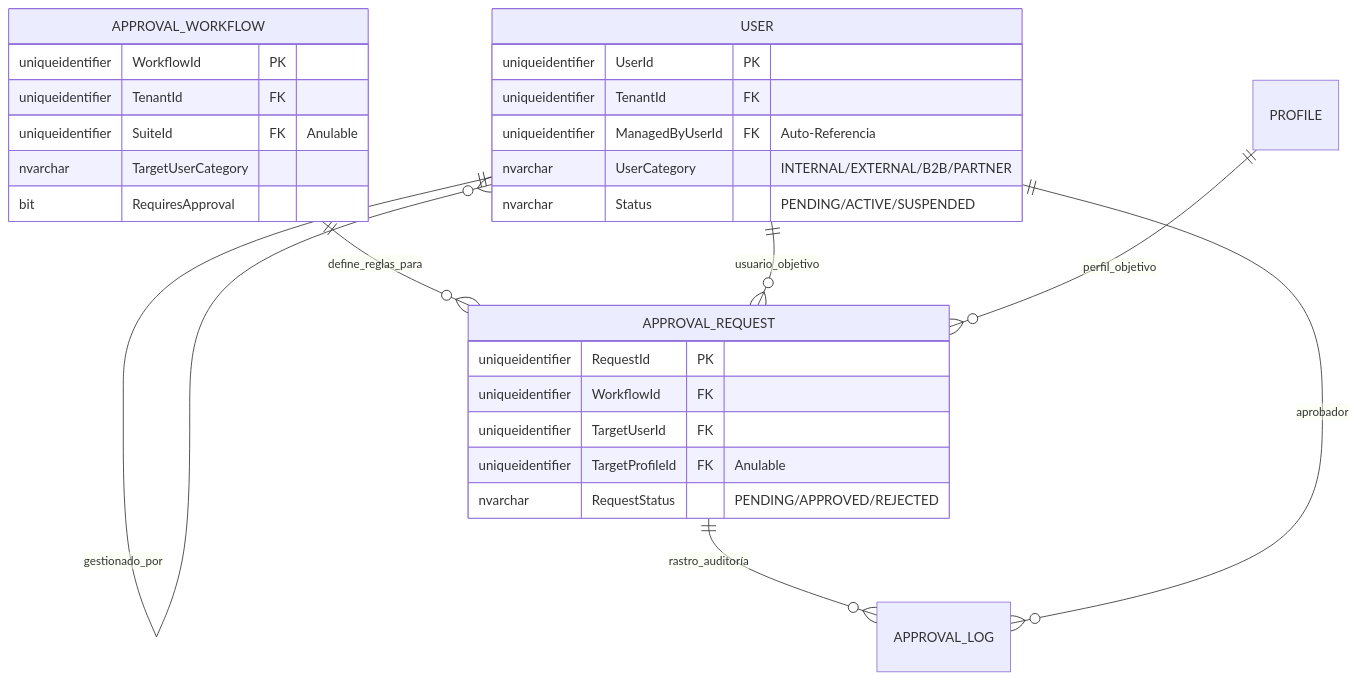
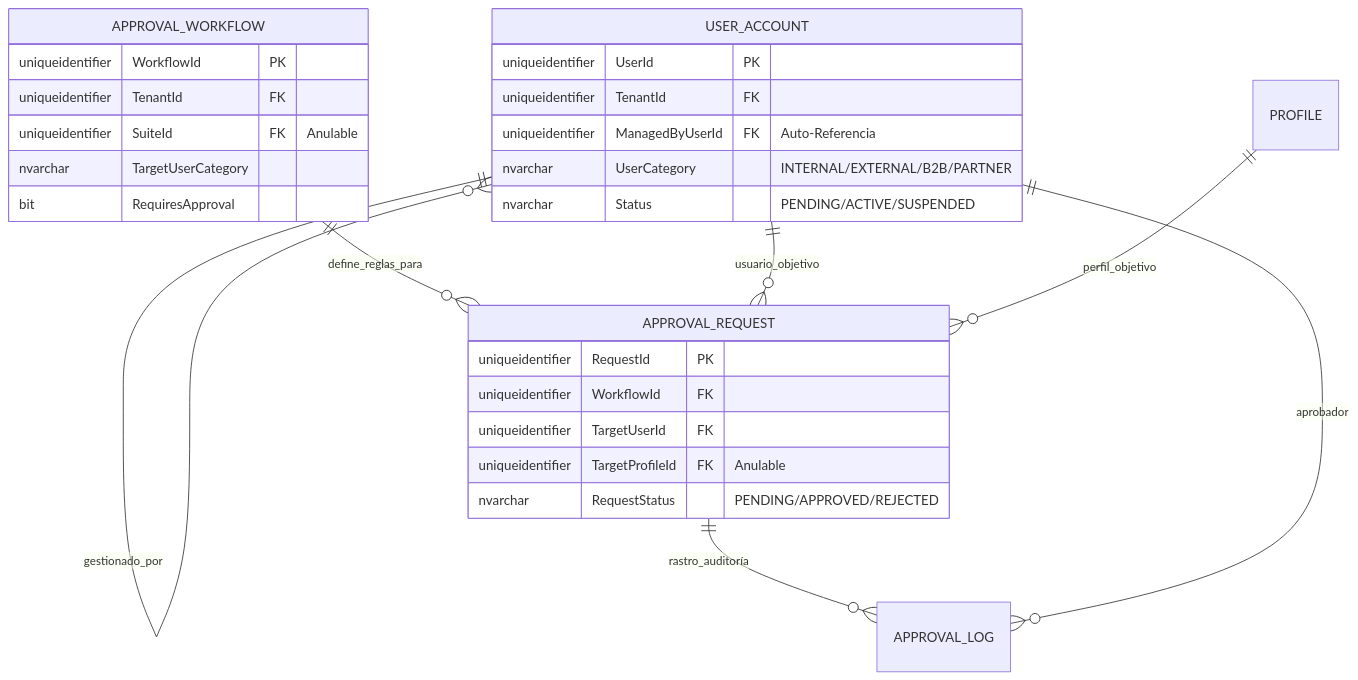
Before and after one commit to beyondnetcode/ums: the fourth of 4 diagrams in architecture/blueprints-es/database-design-er.md, drawn with Mermaid. The commit also changed other lines of this file and 2 other files, not shown here.

Commit message:
fix(auth): unify user table naming to USER_ACCOUNT to resolve reference errors

````diff
--- a/architecture/blueprints-es/database-design-er.md
+++ b/architecture/blueprints-es/database-design-er.md
@@ -132,33 +132,33 @@
 ```mermaid
 erDiagram
-    USER ||--o{ USER : "gestionado_por"
+    USER_ACCOUNT ||--o{ USER_ACCOUNT : "gestionado_por"
     APPROVAL_WORKFLOW ||--o{ APPROVAL_REQUEST : "define_reglas_para"
     APPROVAL_REQUEST ||--o{ APPROVAL_LOG : "rastro_auditoría"
-    USER ||--o{ APPROVAL_REQUEST : "usuario_objetivo"
-    USER ||--o{ APPROVAL_LOG : "aprobador"
+    USER_ACCOUNT ||--o{ APPROVAL_REQUEST : "usuario_objetivo"
+    USER_ACCOUNT ||--o{ APPROVAL_LOG : "aprobador"
     PROFILE ||--o{ APPROVAL_REQUEST : "perfil_objetivo"
     
-    USER {
+    USER_ACCOUNT {
         uniqueidentifier UserId PK
         uniqueidentifier TenantId FK
         uniqueidentifier ManagedByUserId FK "Auto-Referencia"
         nvarchar UserCategory "INTERNAL/EXTERNAL/B2B/PARTNER"
         nvarchar Status "PENDING/ACTIVE/SUSPENDED"
     }
     
     APPROVAL_WORKFLOW {
         uniqueidentifier WorkflowId PK
         uniqueidentifier TenantId FK
         uniqueidentifier SuiteId FK "Anulable"
         nvarchar TargetUserCategory
         bit RequiresApproval
     }
     
     APPROVAL_REQUEST {
         uniqueidentifier RequestId PK
         uniqueidentifier WorkflowId FK
         uniqueidentifier TargetUserId FK
         uniqueidentifier TargetProfileId FK "Anulable"
         nvarchar RequestStatus "PENDING/APPROVED/REJECTED"
     }
 ```
````
